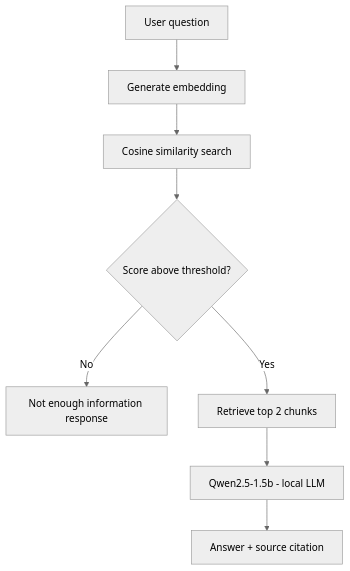
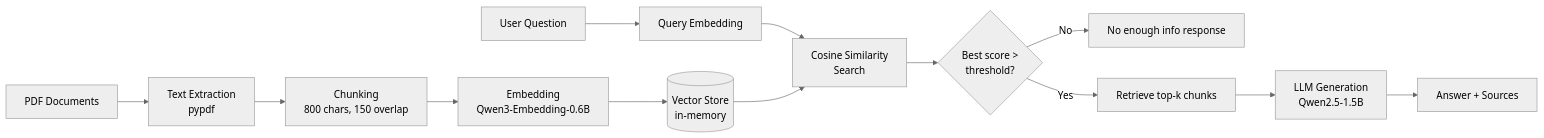
Before and after one commit to nurai-hub/local-rag-foundry: the diagram in README.md, drawn with Mermaid (neutral theme). The commit also changed other lines of this file, not shown here.

````diff
--- a/README.md
+++ b/README.md
@@ -15,10 +14,16 @@
 ```mermaid
-flowchart TD
-    A[User question] --> B[Generate embedding]
-    B --> C[Cosine similarity search]
-    C --> D{Score above threshold?}
-    D -->|No| E[Not enough information response]
-    D -->|Yes| F[Retrieve top 2 chunks]
-    F --> G[Qwen2.5-1.5b - local LLM]
-    G --> H[Answer + source citation]
+flowchart LR
+    A[PDF Documents] --> B[Text Extraction<br/>pypdf]
+    B --> C[Chunking<br/>800 chars, 150 overlap]
+    C --> D[Embedding<br/>Qwen3-Embedding-0.6B]
+    D --> E[(Vector Store<br/>in-memory)]
+    
+    F[User Question] --> G[Query Embedding]
+    G --> H[Cosine Similarity<br/>Search]
+    E --> H
+    H --> I{Best score ><br/>threshold?}
+    I -->|No| J[No enough info response]
+    I -->|Yes| K[Retrieve top-k chunks]
+    K --> L[LLM Generation<br/>Qwen2.5-1.5B]
+    L --> M[Answer + Sources]
 ```
````
